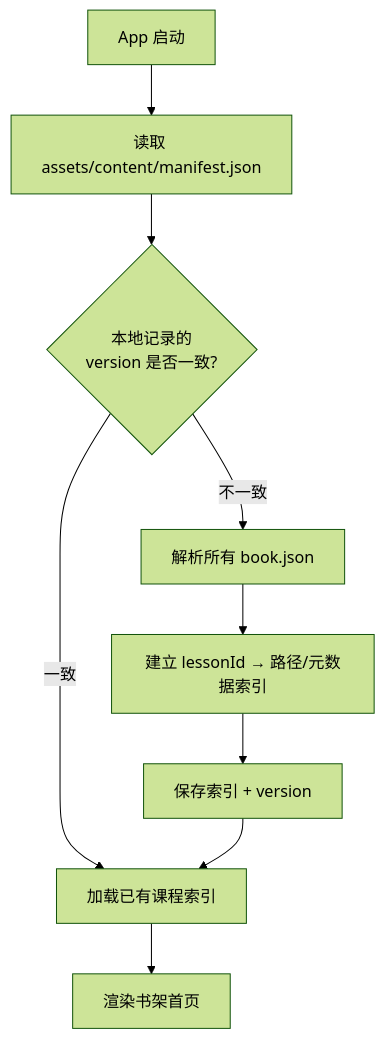
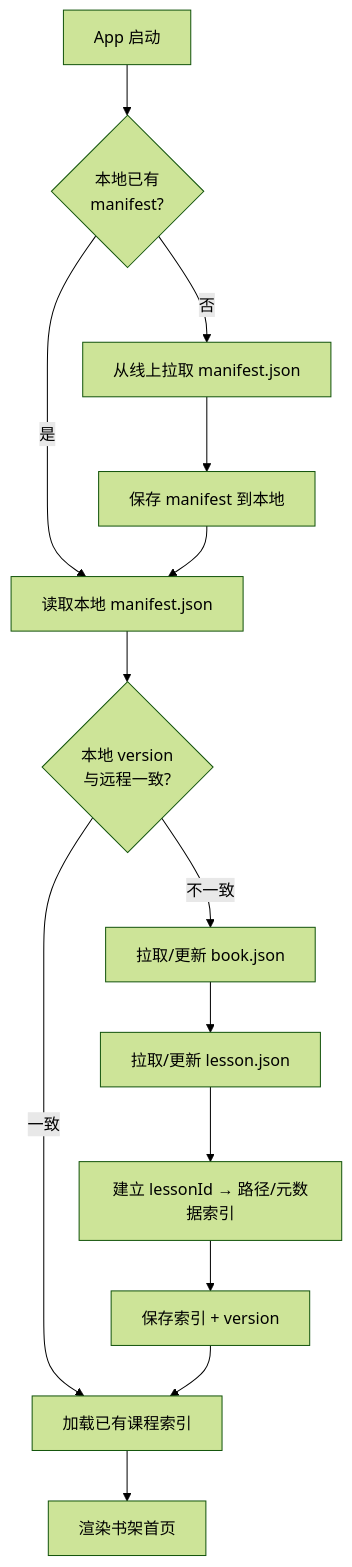
One commit to belos-street/neo-concept changed the diagram in docs/superpowers/specs/2026-07-01-content-import-design.md. Above: the diagram before and after it, drawn with Mermaid (forest theme). The commit also changed other lines of this file and 5 other files, not shown here.

````diff
--- a/docs/superpowers/specs/2026-07-01-content-import-design.md
+++ b/docs/superpowers/specs/2026-07-01-content-import-design.md
@@ -225,11 +225,16 @@
 ```mermaid
 graph TD
-    Start[App 启动] --> ReadManifest[读取 assets/content/manifest.json]
-    ReadManifest --> CheckVersion{本地记录的<br/>version 是否一致?}
+    Start[App 启动] --> HasCache{本地已有<br/>manifest?}
+    HasCache -->|是| ReadLocal[读取本地 manifest.json]
+    HasCache -->|否| FetchManifest[从线上拉取 manifest.json]
+    FetchManifest --> SaveManifest[保存 manifest 到本地]
+    SaveManifest --> ReadLocal
+    ReadLocal --> CheckVersion{本地 version<br/>与远程一致?}
     CheckVersion -->|一致| LoadCache[加载已有课程索引]
-    CheckVersion -->|不一致| ParseBooks[解析所有 book.json]
-    ParseBooks --> IndexLessons[建立 lessonId → 路径/元数据索引]
+    CheckVersion -->|不一致| FetchBooks[拉取/更新 book.json]
+    FetchBooks --> FetchLessons[拉取/更新 lesson.json]
+    FetchLessons --> IndexLessons[建立 lessonId → 路径/元数据索引]
     IndexLessons --> SaveCache[保存索引 + version]
     SaveCache --> LoadCache
     LoadCache --> RenderHome[渲染书架首页]
 ```
````
